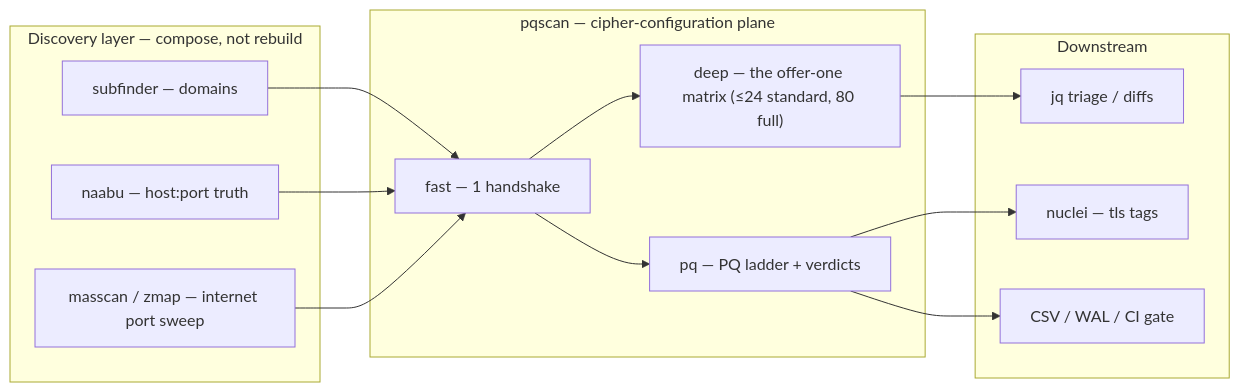
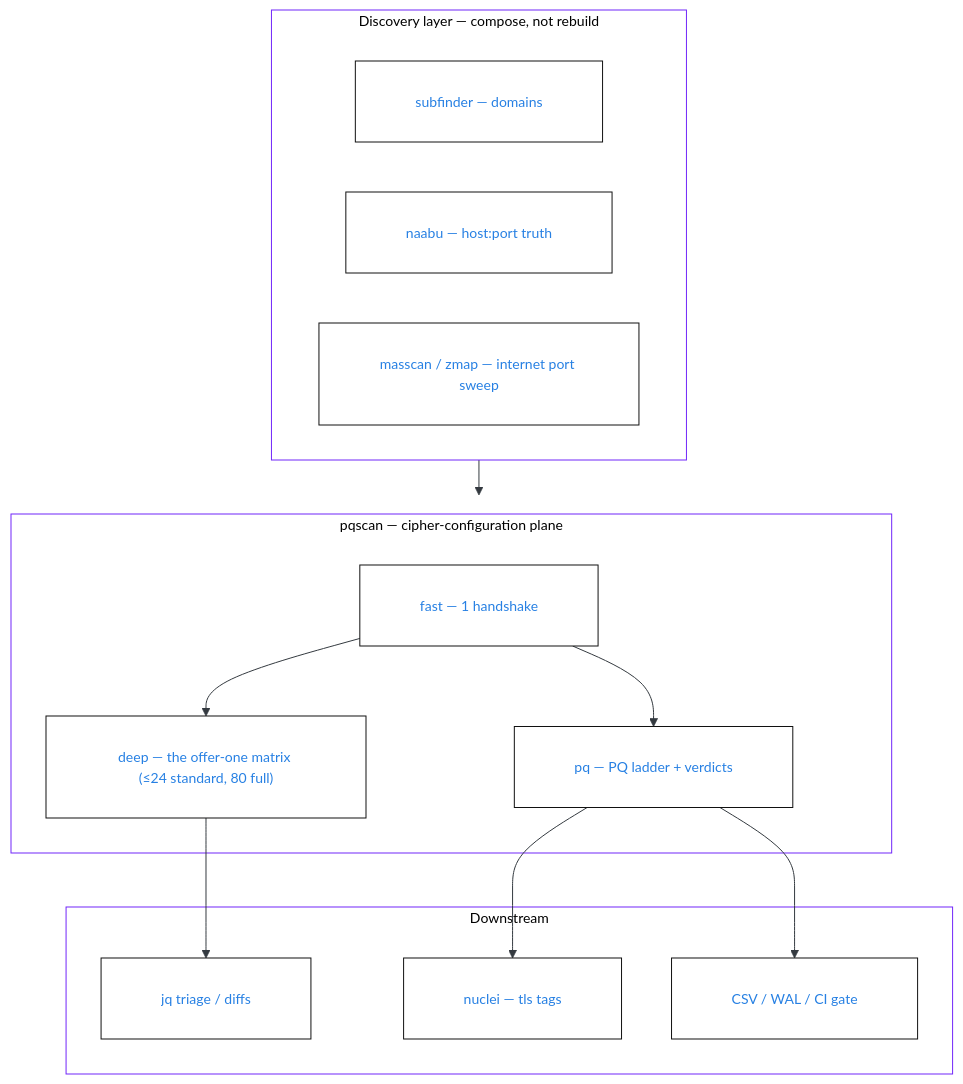
Before and after one commit to shsingh/pqscan: the diagram in site/recipes.qmd, drawn with Mermaid. The commit also changed other lines of this file and 3 other files, not shown here.

First line of the commit message:
docs: PQ-65 — the flow diagrams read clean: edge-label backgrounds + the long-chain reorder (#172)

````diff
--- a/site/recipes.qmd
+++ b/site/recipes.qmd
@@ -10,26 +10,25 @@
 ``` {mermaid}
-flowchart LR
+%%{init: {"theme":"base","themeVariables":{"fontFamily":"ui-sans-serif, system-ui","fontSize":"14px","primaryColor":"white","primaryTextColor":"rgb(39,128,227)","primaryBorderColor":"rgb(17,17,17)","lineColor":"rgb(52,58,64)","clusterBkg":"white","clusterBorder":"rgb(113,38,249)","clusterLabelBackground":"white"},"flowchart":{"curve":"basis","nodeSpacing":50,"rankSpacing":70,"padding":30,"subGraphTitleMargin":{"top":0,"bottom":16},"edgeLabelBackground":"white","htmlLabels":true}}}%%
+flowchart TB
   subgraph DISC["Discovery layer — compose, not rebuild"]
     S[subfinder — domains]
     N[naabu — host:port truth]
     M[masscan / zmap — internet port sweep]
   end
   subgraph PQ["pqscan — cipher-configuration plane"]
     P1["fast — 1 handshake"]
     P2["deep — the offer-one matrix (≤24 standard, 80 full)"]
     P3["pq — PQ ladder + verdicts"]
   end
   subgraph SINK["Downstream"]
     J[jq triage / diffs]
     U[nuclei — tls tags]
     R[CSV / WAL / CI gate]
   end
-  S --> P1
-  N --> P1
-  M --> P1
+  DISC --> PQ
   P1 --> P2
   P1 --> P3
   P2 --> J
   P3 --> U
   P3 --> R
 ```
````
